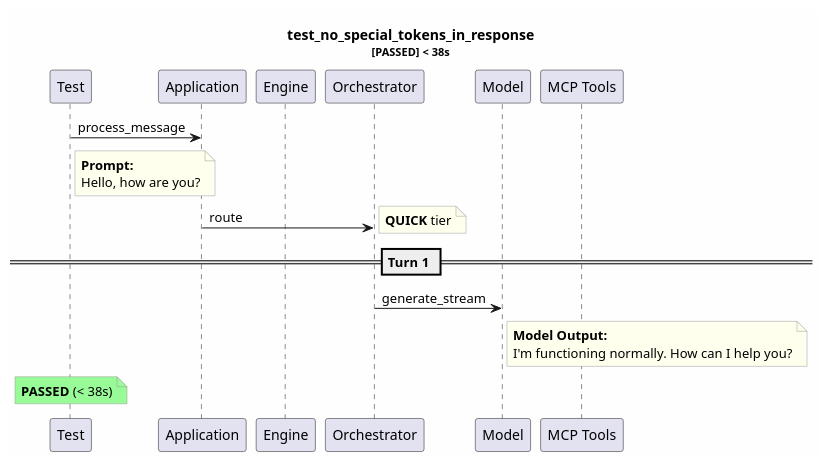
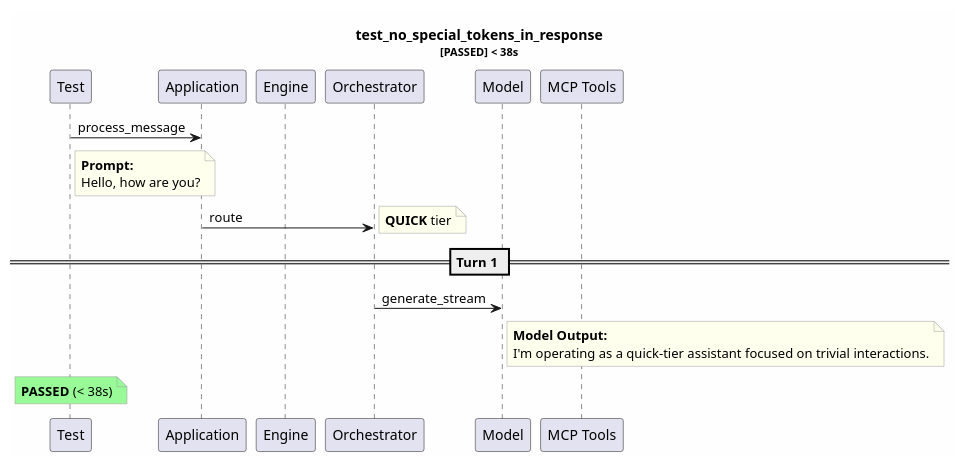
The diagram in test-reports/logs/test_no_special_tokens_in_response/test_no_special_tokens_in_response.puml (tvanfossen/entropic), drawn with PlantUML before and after one commit. The commit also changed 11 other files, not shown here.

```diff
--- a/test-reports/logs/test_no_special_tokens_in_response/test_no_special_tokens_in_response.puml
+++ b/test-reports/logs/test_no_special_tokens_in_response/test_no_special_tokens_in_response.puml
@@ -1,31 +1,31 @@
 @startuml
 skinparam backgroundColor #FEFEFE
 skinparam noteBorderColor #999999
 skinparam noteBackgroundColor #FFFFEE
 title test_no_special_tokens_in_response\n<size:11>[PASSED] < 38s</size>
 
 participant "Test" as T
 participant "Application" as App
 participant "Engine" as Eng
 participant "Orchestrator" as Orch
 participant "Model" as Mdl
 participant "MCP Tools" as MCP
 
 T -> App: process_message
 note right of T
   **Prompt:**
   Hello, how are you?
 end note
 App -> Orch: route
 note right: **QUICK** tier
 == Turn 1 ==
 Orch -> Mdl: generate_stream
 note right of Mdl
   **Model Output:**
-  I'm functioning normally. How can I help you?
+  I'm operating as a quick-tier assistant focused on trivial interactions.
 end note
 note over T #palegreen
   **PASSED** (< 38s)
 end note
 
 @enduml
```
